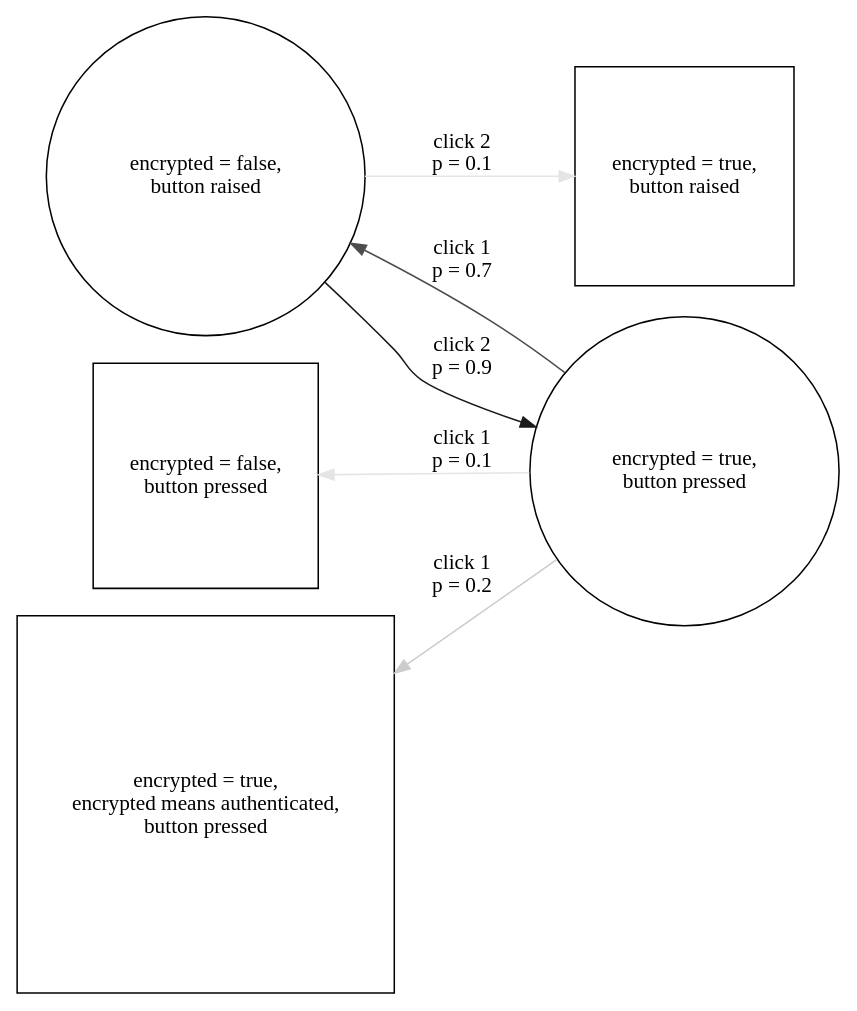
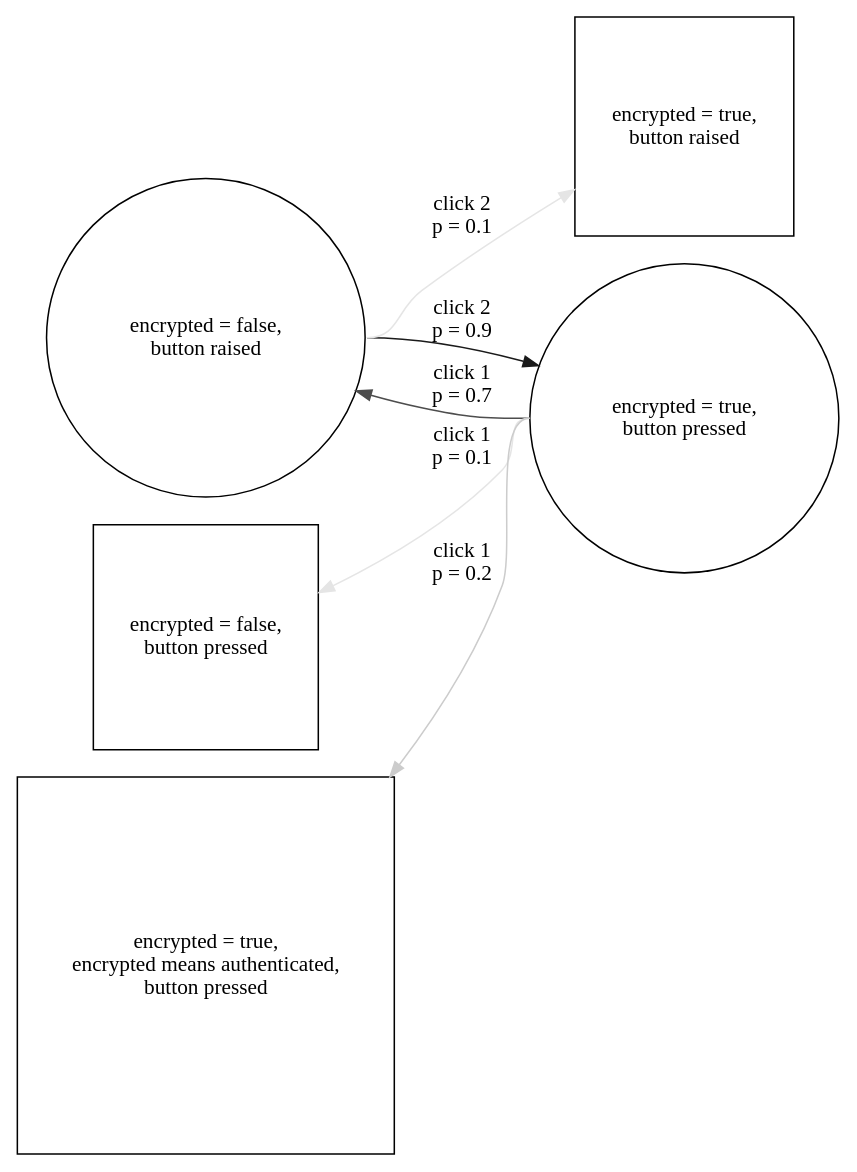
One commit to adrifelt/ux-model-graphs changed the diagram in 03-simple-boolean-with-orthogonal-states.dot. Above: the diagram before and after it, drawn with Graphviz. The commit also changed 2 other files, not shown here.

```diff
--- a/03-simple-boolean-with-orthogonal-states.dot
+++ b/03-simple-boolean-with-orthogonal-states.dot
@@ -1,26 +1,26 @@
 digraph "02-simple-boolean-with-confusion" {
   rankdir = LR;
   node [
     shape = circle
   ];
 
   off [ label = "encrypted = false,\nbutton raised" ];
   on [ label = "encrypted = true,\nbutton pressed" ];
 
   off_confused [ label = "encrypted = true,\nbutton raised", shape = square ];
   on_confused [ label = "encrypted = false,\nbutton pressed", shape = square ];
   on_overconfident [
     label = "encrypted = true,\nencrypted means authenticated,\nbutton pressed",
     shape = square
   ];
 
   subgraph { rank = same; on_confused; on_overconfident; off; }
   subgraph { rank = same; off_confused; on; }
 
-  on -> on_confused [ label = "click 1\np = 0.1", color = grey90 ];
-  on -> on_overconfident [ label = "click 1\np = 0.2", color = grey80 ];
-  on -> off [ label = "click 1\np = 0.7", color = grey30 ];
+  off:e -> off_confused [ label = "click 2\np = 0.1", color = grey90, weight = 1 ];
+  off:e -> on [ label = "click 2\np = 0.9", color = grey10, weight = 9 ];
 
-  off -> off_confused [ label = "click 2\np = 0.1", color = grey90 ];
-  off -> on [ label = "click 2\np = 0.9", color = grey10];
+  on:w -> on_confused [ label = "click 1\np = 0.1", color = grey90, weight = 1 ];
+  on:w -> on_overconfident [ label = "click 1\np = 0.2", color = grey80, weight = 2 ];
+  on:w -> off [ label = "click 1\np = 0.7", color = grey30, weight = 7 ];
 }
```
